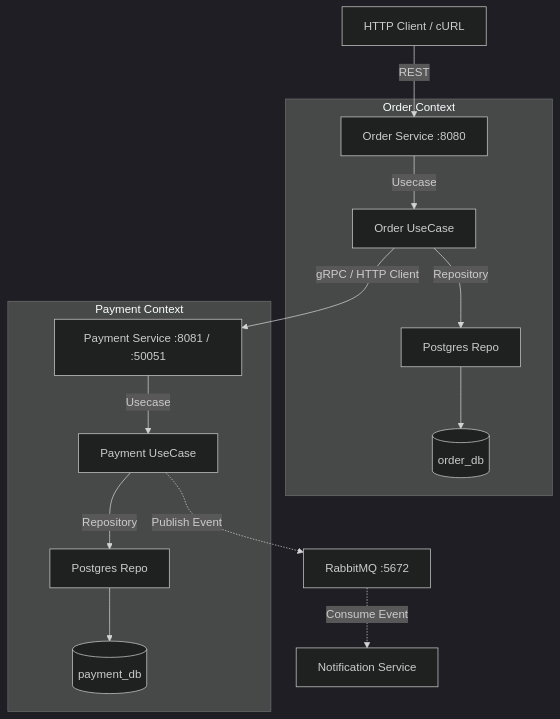
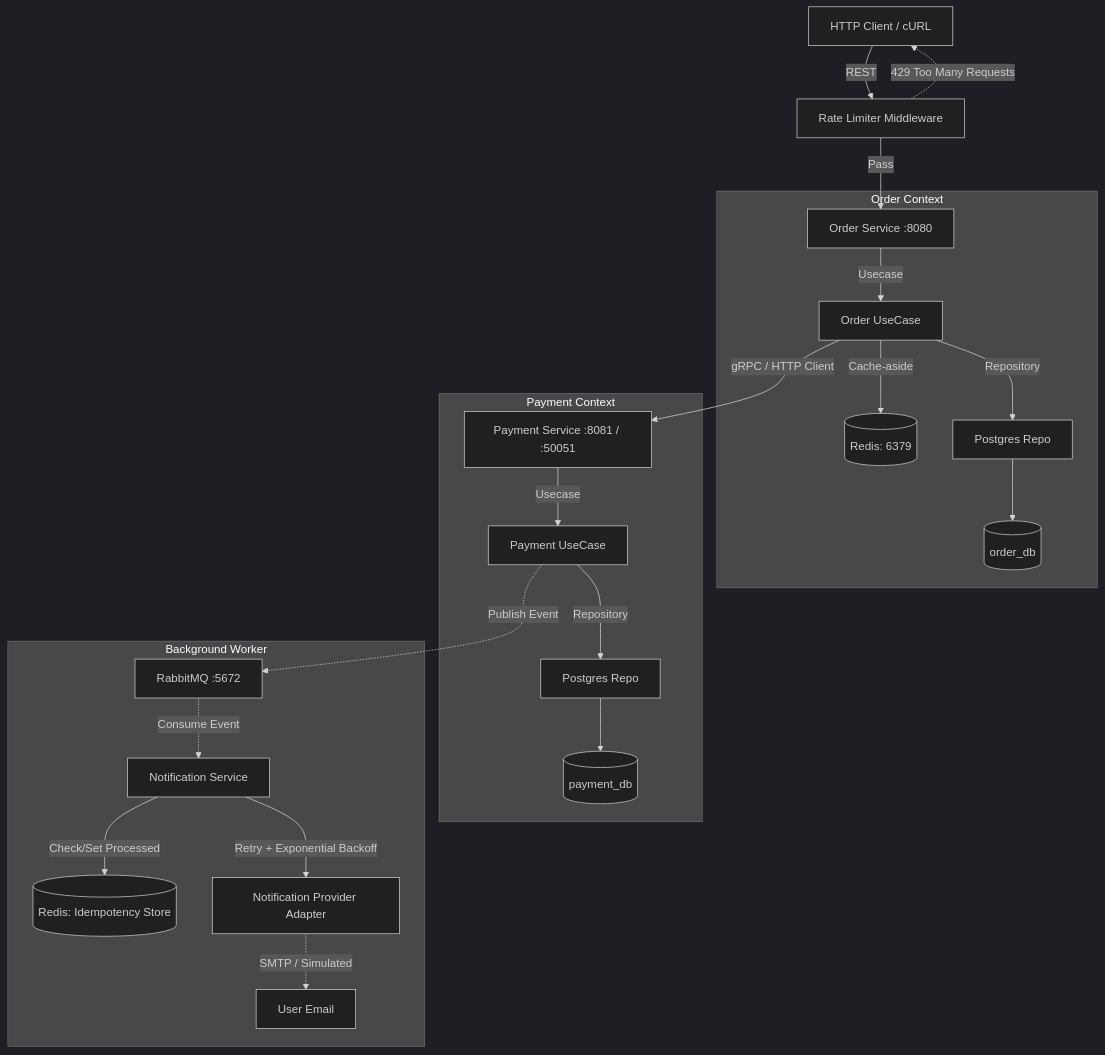
Before and after one commit to Bleuble/ap2_assignment2: the diagram in README.md, drawn with Mermaid (dark theme). The commit also changed other lines of this file and 16 other files, not shown here.

Commit message:
feat(assignment-4): Implement Redis Caching, Rate Limiter, and Background Worker Adapters

````diff
--- a/README.md
+++ b/README.md
@@ -10,17 +10,30 @@
 ```mermaid
 graph TD
-    Client[HTTP Client / cURL] -->|REST| OS[Order Service :8080]
+    Client[HTTP Client / cURL] -->|REST| RateLimiter[Rate Limiter Middleware]
+    RateLimiter -->|Pass| OS[Order Service :8080]
+    RateLimiter -.->|429 Too Many Requests| Client
+    
     subgraph "Order Context"
         OS -->|Usecase| OUC[Order UseCase]
+        OUC -->|Cache-aside| RedisCache[(Redis: 6379)]
         OUC -->|Repository| ORP[Postgres Repo]
         ORP --> ODB[(order_db)]
     end
+    
     OUC -->|gRPC / HTTP Client| PS[Payment Service :8081 / :50051]
+    
     subgraph "Payment Context"
         PS -->|Usecase| PUC[Payment UseCase]
         PUC -->|Repository| PRP[Postgres Repo]
         PRP --> PDB[(payment_db)]
     end
+    
     PUC -.->|Publish Event| Broker[RabbitMQ :5672]
-    Broker -.->|Consume Event| NS[Notification Service]
+    
+    subgraph "Background Worker"
+        Broker -.->|Consume Event| NS[Notification Service]
+        NS -->|Check/Set Processed| RedisIdemp[(Redis: Idempotency Store)]
+        NS -->|Retry + Exponential Backoff| EmailAdapter[Notification Provider Adapter]
+        EmailAdapter -.->|SMTP / Simulated| User[User Email]
+    end
 ```
````
